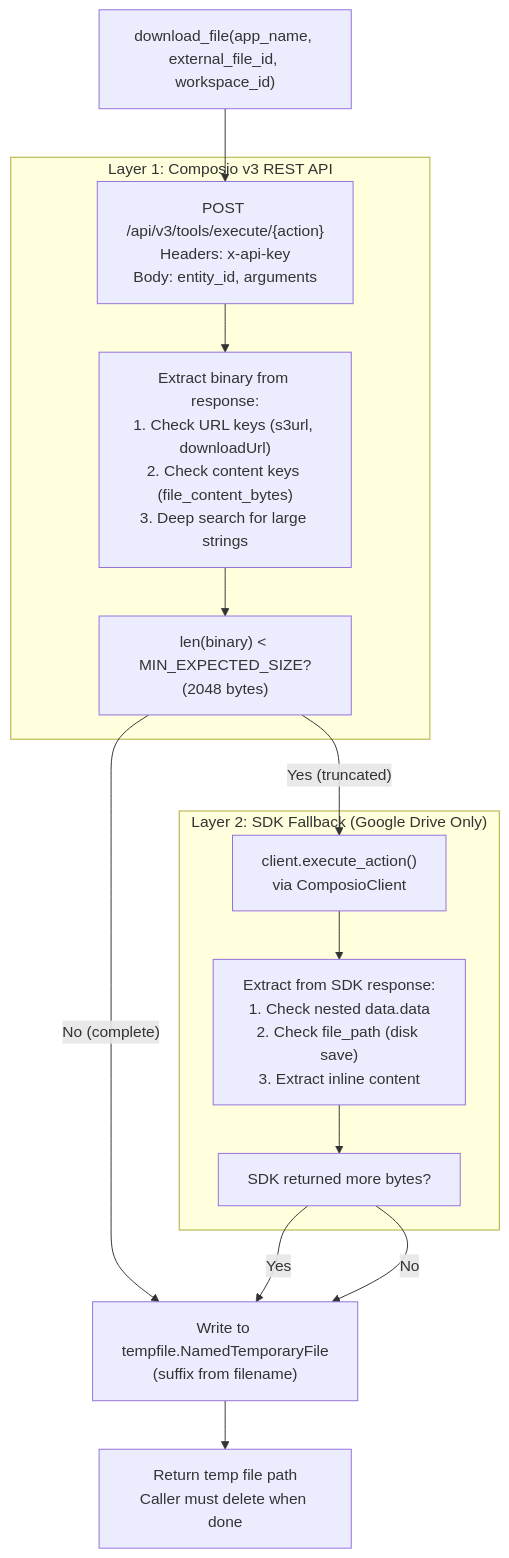
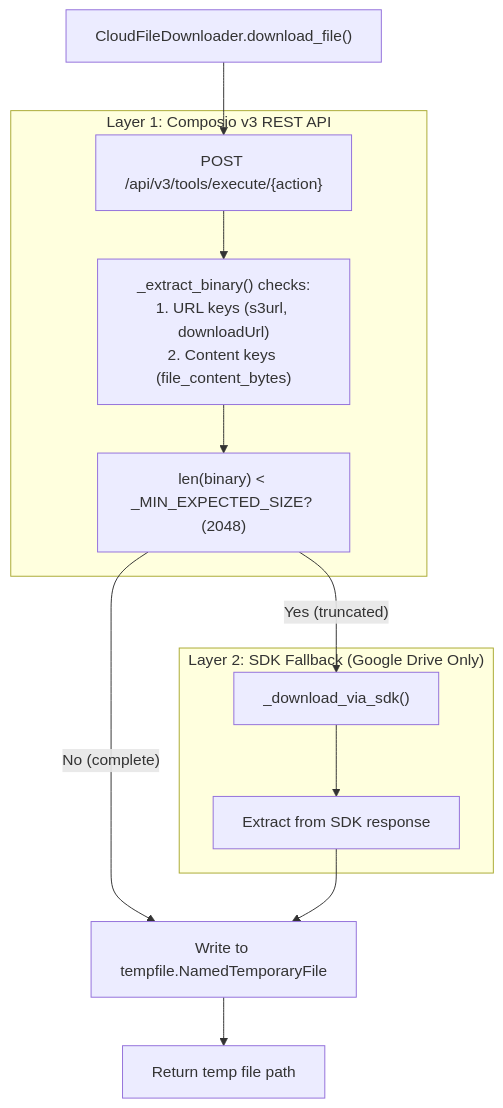
Before and after one commit to AutomatosAI/automatos-ai: the second of 3 diagrams in docs/knowledge-base-rag/cloud-storage-integration.md, drawn with Mermaid. The commit also changed other lines of this file and 149 other files, not shown here.

Commit message:
docs: refresh documentation with graphify semantic scan

````diff
--- a/docs/knowledge-base-rag/cloud-storage-integration.md
+++ b/docs/knowledge-base-rag/cloud-storage-integration.md
@@ -112,33 +120,29 @@
 ```mermaid
 graph TB
-    Start["download_file(app_name, external_file_id, workspace_id)"]
+    Start["CloudFileDownloader.download_file()"]
     
     subgraph "Layer 1: Composio v3 REST API"
-        RestCall["POST /api/v3/tools/execute/{action}<br/>Headers: x-api-key<br/>Body: entity_id, arguments"]
-        ExtractData["Extract binary from response:<br/>1. Check URL keys (s3url, downloadUrl)<br/>2. Check content keys (file_content_bytes)<br/>3. Deep search for large strings"]
-        CheckSize["len(binary) < MIN_EXPECTED_SIZE?<br/>(2048 bytes)"]
+        RestCall["POST /api/v3/tools/execute/{action}"]
+        ExtractData["_extract_binary() checks:<br/>1. URL keys (s3url, downloadUrl)<br/>2. Content keys (file_content_bytes)"]
+        CheckSize["len(binary) < _MIN_EXPECTED_SIZE? (2048)"]
     end
     
     subgraph "Layer 2: SDK Fallback (Google Drive Only)"
-        SDKCall["client.execute_action()<br/>via ComposioClient"]
-        SDKExtract["Extract from SDK response:<br/>1. Check nested data.data<br/>2. Check file_path (disk save)<br/>3. Extract inline content"]
-        CompareSize["SDK returned more bytes?"]
+        SDKCall["_download_via_sdk()"]
+        SDKExtract["Extract from SDK response"]
     end
     
-    WriteTemp["Write to tempfile.NamedTemporaryFile<br/>(suffix from filename)"]
-    Return["Return temp file path<br/>Caller must delete when done"]
+    WriteTemp["Write to tempfile.NamedTemporaryFile"]
+    Return["Return temp file path"]
     
     Start --> RestCall
     RestCall --> ExtractData
     ExtractData --> CheckSize
     
     CheckSize -->|"Yes (truncated)"| SDKCall
     CheckSize -->|"No (complete)"| WriteTemp
     
     SDKCall --> SDKExtract
-    SDKExtract --> CompareSize
-    CompareSize -->|"Yes"| WriteTemp
-    CompareSize -->|"No"| WriteTemp
-    
+    SDKExtract --> WriteTemp
     WriteTemp --> Return
 ```
````
